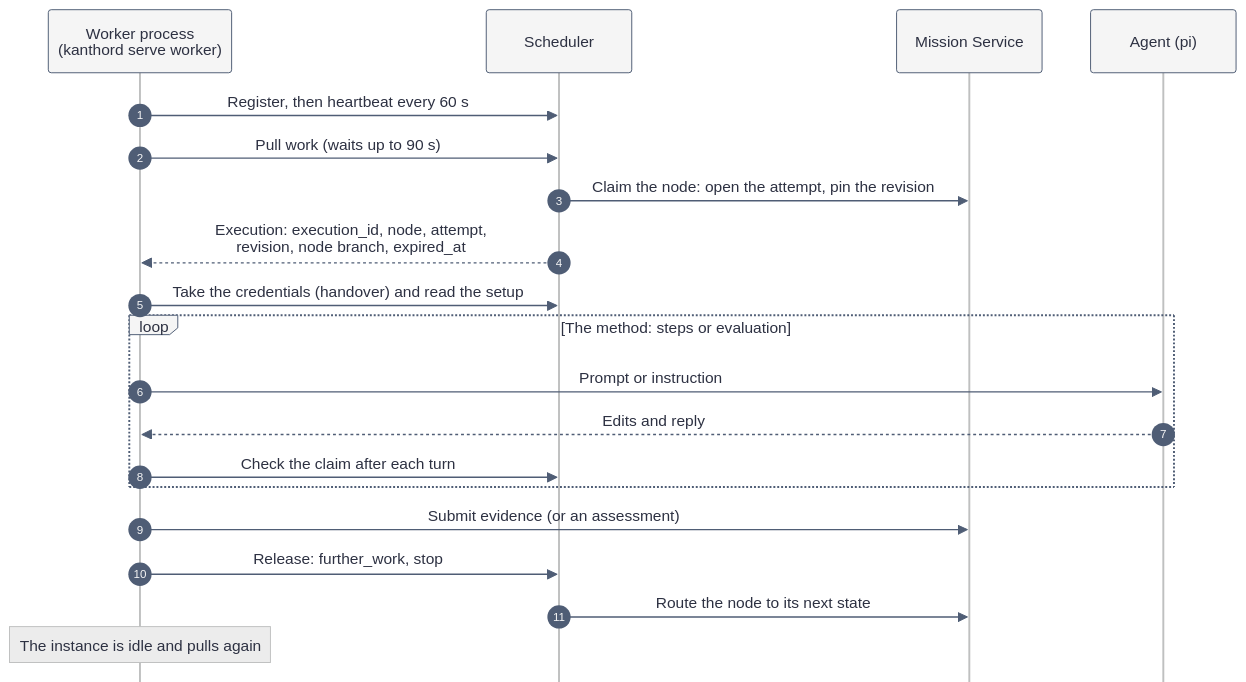
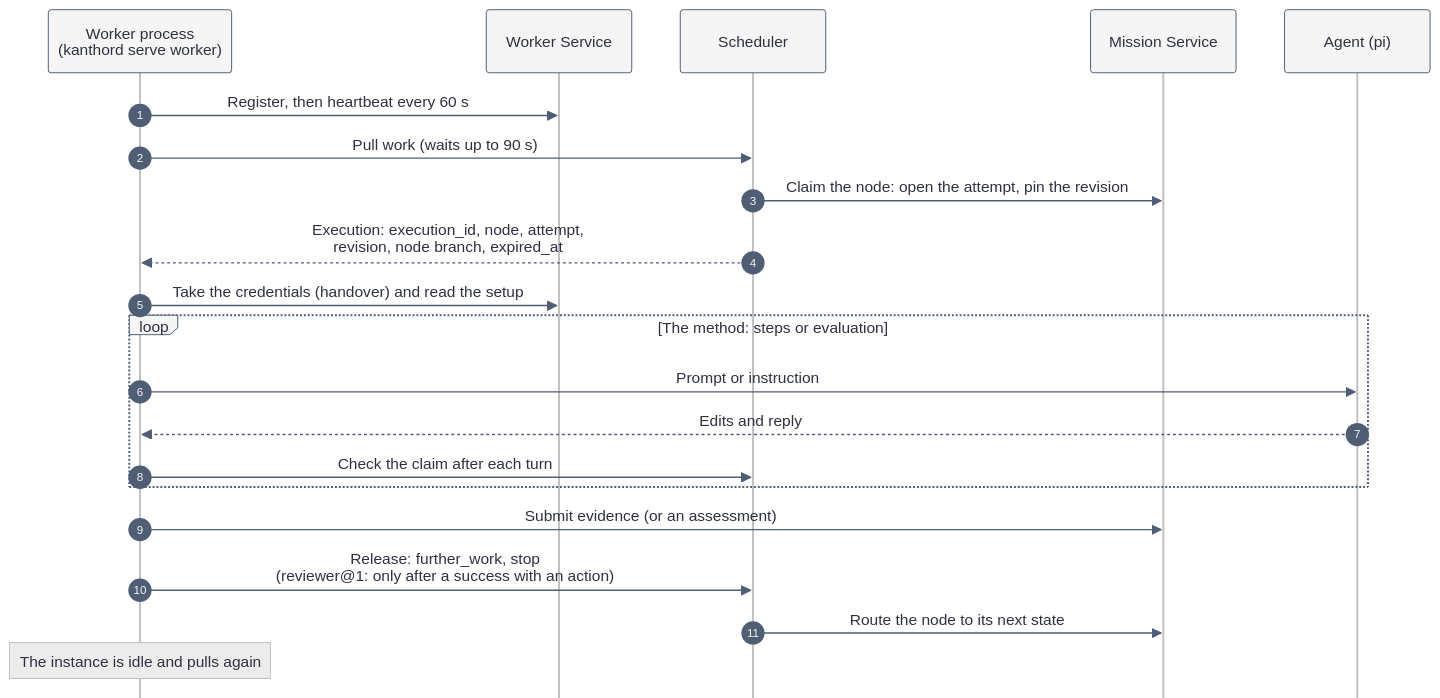
Before and after one commit to kanthorlabs/kanthord: the second of 2 diagrams in docs/explanation/worker.md, drawn with Mermaid. The commit also changed other lines of this file and 3 other files, not shown here.

Commit message:
docs(worker): fix the budget boundary, the reviewer routing and the reader gaps from review

````diff
--- a/docs/explanation/worker.md
+++ b/docs/explanation/worker.md
@@ -105,26 +109,27 @@
 ```mermaid
 %%{init: {"theme": "base", "themeVariables": {"background": "#f5f5f5", "primaryColor": "#f5f5f5", "primaryTextColor": "#2d3142", "actorBkg": "#f5f5f5", "actorBorder": "#4f5d75", "actorTextColor": "#2d3142", "actorLineColor": "#bfc0c0", "signalColor": "#4f5d75", "signalTextColor": "#2d3142", "noteBkgColor": "#ececec", "noteBorderColor": "#bfc0c0", "noteTextColor": "#2d3142", "activationBkgColor": "#fbeae1", "activationBorderColor": "#eb6c36"}, "themeCSS": "& { background-color: #f5f5f5; }", "sequence": {"mirrorActors": false, "useMaxWidth": false}}}%%
 sequenceDiagram
     accTitle: One execution of a native worker
     accDescr: The worker process registers, then pulls work. The Scheduler grants a claim and the Mission Service pins the revision. The worker takes the credentials and the setup, runs its method with the agent, checks its claim after each turn, records evidence and releases. The Mission Service routes the node.
     autonumber
     participant W as Worker process<br/>(kanthord serve worker)
+    participant WS as Worker Service
     participant S as Scheduler
     participant M as Mission Service
     participant A as Agent (pi)
 
-    W->>S: Register, then heartbeat every 60 s
+    W->>WS: Register, then heartbeat every 60 s
     W->>S: Pull work (waits up to 90 s)
     S->>M: Claim the node: open the attempt, pin the revision
     S-->>W: Execution: execution_id, node, attempt,<br/>revision, node branch, expired_at
-    W->>S: Take the credentials (handover) and read the setup
+    W->>WS: Take the credentials (handover) and read the setup
     loop The method: steps or evaluation
         W->>A: Prompt or instruction
         A-->>W: Edits and reply
         W->>S: Check the claim after each turn
     end
     W->>M: Submit evidence (or an assessment)
-    W->>S: Release: further_work, stop
+    W->>S: Release: further_work, stop<br/>(reviewer@1: only after a success with an action)
     S->>M: Route the node to its next state
     Note over W: The instance is idle and pulls again
 ```
````
